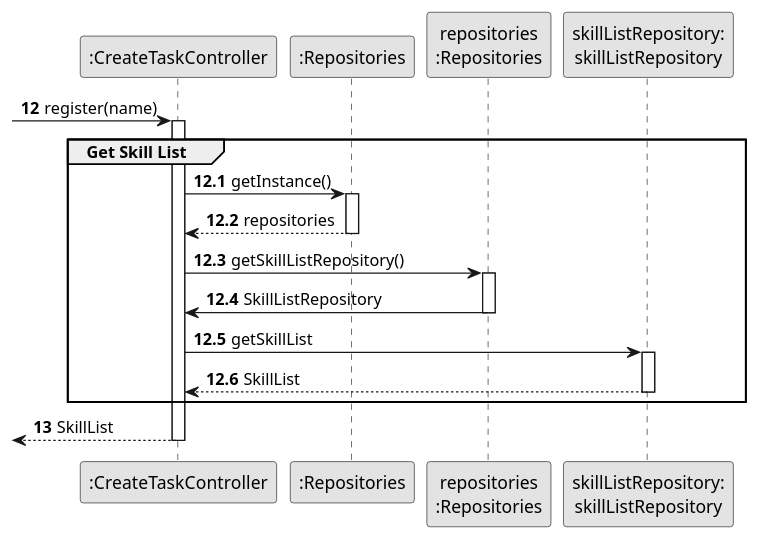
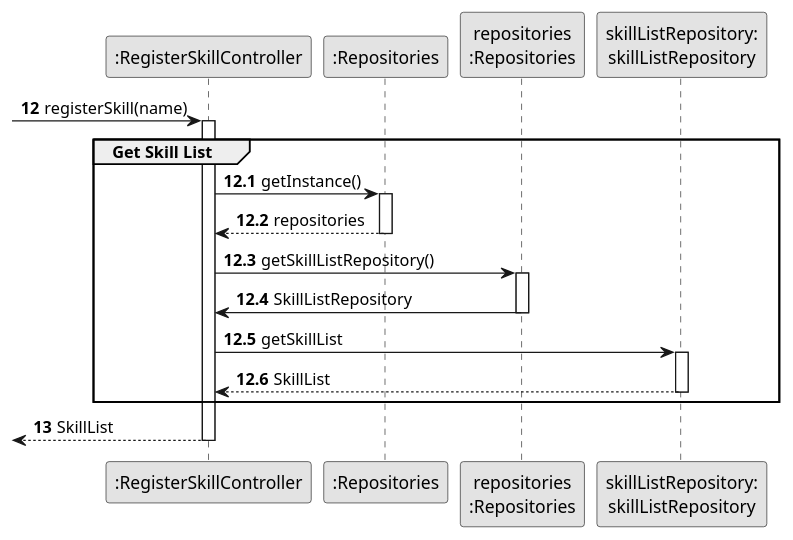
One commit to SAEmanuel/Green_Spaces_Management_ISEP changed the diagram in docs/sprintB/us001/03.design/puml/us001-sequence-diagram-partial-get-skill-list.puml. Above: the diagram before and after it, drawn with PlantUML. The commit also changed 9 other files, not shown here.

```diff
--- a/docs/sprintB/us001/03.design/puml/us001-sequence-diagram-partial-get-skill-list.puml
+++ b/docs/sprintB/us001/03.design/puml/us001-sequence-diagram-partial-get-skill-list.puml
@@ -1,44 +1,44 @@
 @startuml
 skinparam monochrome true
 skinparam packageStyle rectangle
 skinparam shadowing false
 
-participant ":CreateTaskController" as CTRL
+participant ":RegisterSkillController" as CTRL
 participant ":Repositories" as RepositorySingleton
 participant "repositories\n:Repositories" as PLAT
 participant "skillListRepository:\nskillListRepository" as SkillListRepository
 
 autonumber 12
--> CTRL : register(name)
+-> CTRL : registerSkill(name)
 
 autonumber 12.1
 
 activate CTRL
     group Get Skill List
         CTRL -> RepositorySingleton : getInstance()
         activate RepositorySingleton
 
             RepositorySingleton --> CTRL: repositories
         deactivate RepositorySingleton
 
         CTRL -> PLAT : getSkillListRepository()
         activate PLAT
 
             PLAT -> CTRL : SkillListRepository
         deactivate PLAT
 
         CTRL -> SkillListRepository : getSkillList
         activate SkillListRepository
 
             SkillListRepository --> CTRL : SkillList
         deactivate SkillListRepository
 
     end group
 
     autonumber 13
     <-- CTRL : SkillList
 
 deactivate CTRL
 
 
 @enduml
```
